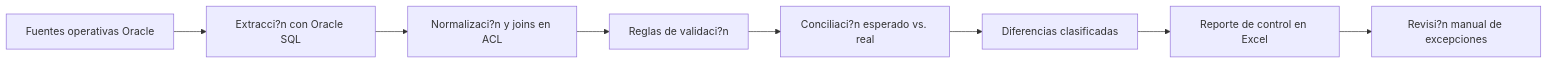
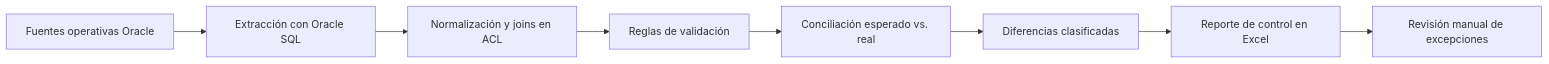
The diagram in README.es.md (hernano88/acl-sql-uade), drawn with Mermaid before and after one commit. The commit also changed other lines of this file and 2 other files, not shown here.

````diff
--- a/README.es.md
+++ b/README.es.md
@@ -24,10 +24,10 @@
 ```mermaid
 flowchart LR
-    A["Fuentes operativas Oracle"] --> B["Extracci?n con Oracle SQL"]
-    B --> C["Normalizaci?n y joins en ACL"]
-    C --> D["Reglas de validaci?n"]
-    D --> E["Conciliaci?n esperado vs. real"]
+    A["Fuentes operativas Oracle"] --> B["Extracción con Oracle SQL"]
+    B --> C["Normalización y joins en ACL"]
+    C --> D["Reglas de validación"]
+    D --> E["Conciliación esperado vs. real"]
     E --> F["Diferencias clasificadas"]
     F --> G["Reporte de control en Excel"]
-    G --> H["Revisi?n manual de excepciones"]
+    G --> H["Revisión manual de excepciones"]
 ```
````
